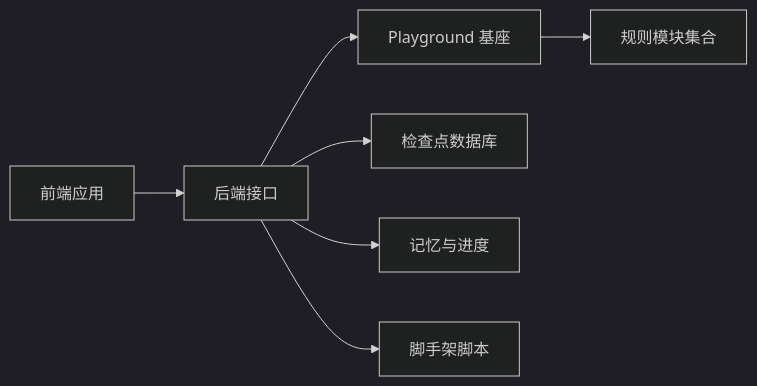
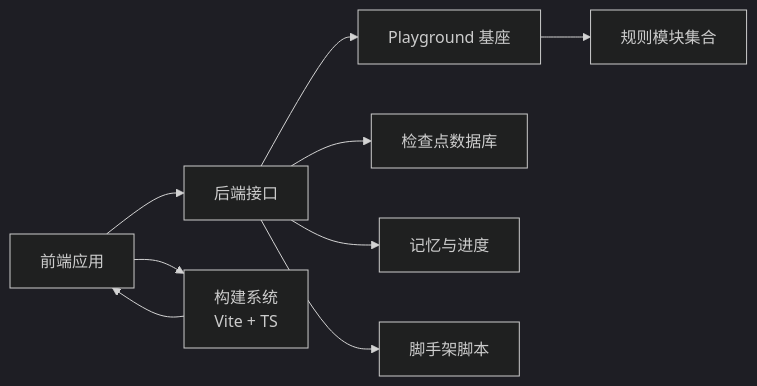
The third of 3 diagrams in .qoder/repowiki/zh/content/智能体工程/智能体工作台开发.md (king-l6/agent_application_development), drawn with Mermaid (dark theme) before and after one commit. The commit also changed other lines of this file and 428 other files, not shown here.

````diff
--- a/.qoder/repowiki/zh/content/智能体工程/智能体工作台开发.md
+++ b/.qoder/repowiki/zh/content/智能体工程/智能体工作台开发.md
@@ -321,9 +449,11 @@
 ```mermaid
 graph LR
 FE["前端应用"] --> API["后端接口"]
+FE --> Build["构建系统<br/>Vite + TS"]
 API --> PG["Playground 基座"]
 PG --> MOD["规则模块集合"]
 API --> CKPT["检查点数据库"]
 API --> MEM["记忆与进度"]
 API --> SC["脚手架脚本"]
+Build --> FE
 ```
````
